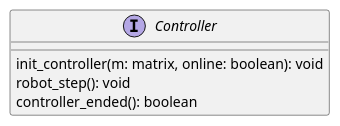
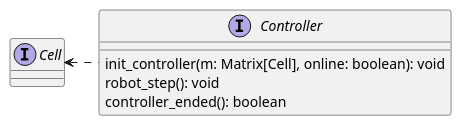
Before and after one commit to SimoneMagnani/CPP-analysis: the first of 3 diagrams in docs/Index.md, drawn with PlantUML. The commit also changed other lines of this file, not shown here.

````diff
--- a/docs/Index.md
+++ b/docs/Index.md
@@ -7,9 +7,14 @@
 ```plantuml
 @startuml
+
+Interface Cell {
+}
+
 interface Controller {
-  init_controller(m: matrix, online: boolean): void
+  init_controller(m: Matrix[Cell], online: boolean): void
   robot_step(): void
   controller_ended(): boolean
 }
+Cell <. Controller
 @enduml
 ```
````
